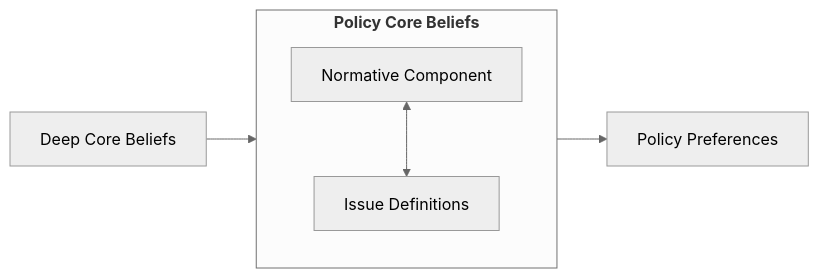
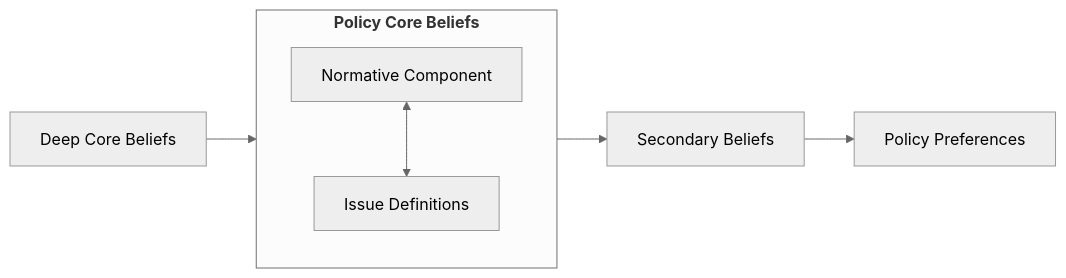
One commit to mnowlin/policy-learning-element changed the first of 4 diagrams in chapter-drafts/chap3.qmd. Above: the diagram before and after it, drawn with Mermaid. The commit also changed other lines of this file, not shown here.

````diff
--- a/chapter-drafts/chap3.qmd
+++ b/chapter-drafts/chap3.qmd
@@ -43,11 +49,12 @@
 ```{mermaid}
 %%| fig-cap: Policy Beliefs, Issue Definitions, and Preferences
 %%| label: fig-defs
 %%{init: {'theme':'neutral'}}%%
 flowchart LR
     A[Deep Core Beliefs] --> subgraph1
     subgraph subgraph1 [<b>Policy Core Beliefs]
     B[Normative Component] <--> C[Issue Definitions]
     end
-    subgraph1 --> D[Policy Preferences]
+    subgraph1 --> D[Secondary Beliefs]
+    D --> E[Policy Preferences]
 ```
````
